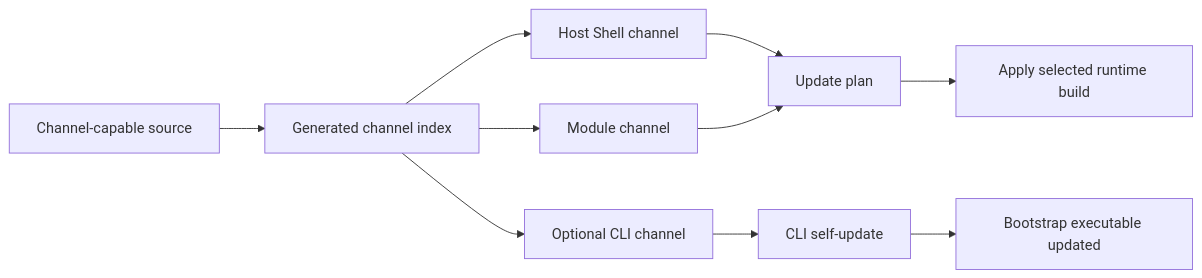
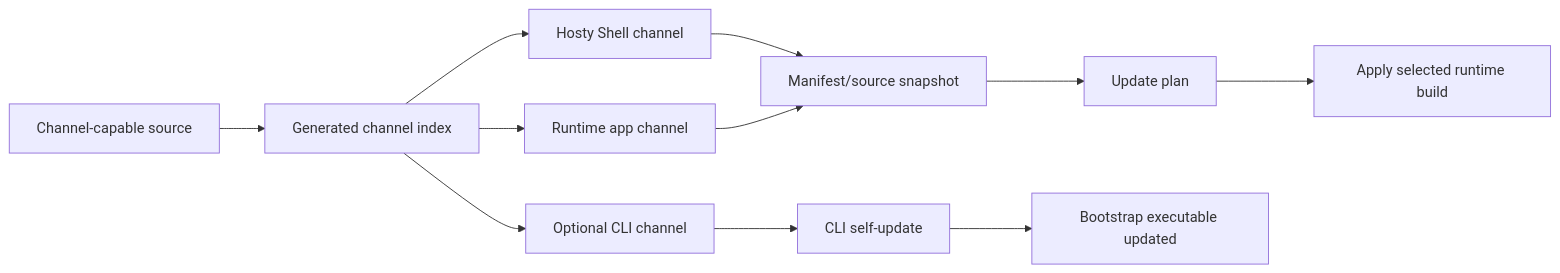
The diagram in docs/planning/update-channels.md (alex-de-haas/docker-host), drawn with Mermaid before and after one commit. The commit also changed other lines of this file and 2 other files, not shown here.

Commit message:
Document Hosty update channels and migration strategy

````diff
--- a/docs/planning/update-channels.md
+++ b/docs/planning/update-channels.md
@@ -24,12 +25,13 @@
 ```mermaid
 flowchart LR
   A["Channel-capable source"] --> B["Generated channel index"]
-  B --> C["Host Shell channel"]
-  B --> D["Module channel"]
+  B --> C["Hosty Shell channel"]
+  B --> D["Runtime app channel"]
   B --> E["Optional CLI channel"]
-  C --> F["Update plan"]
+  C --> F["Manifest/source snapshot"]
   D --> F
+  F --> J["Update plan"]
   E --> G["CLI self-update"]
-  F --> H["Apply selected runtime build"]
+  J --> H["Apply selected runtime build"]
   G --> I["Bootstrap executable updated"]
 ```
````
